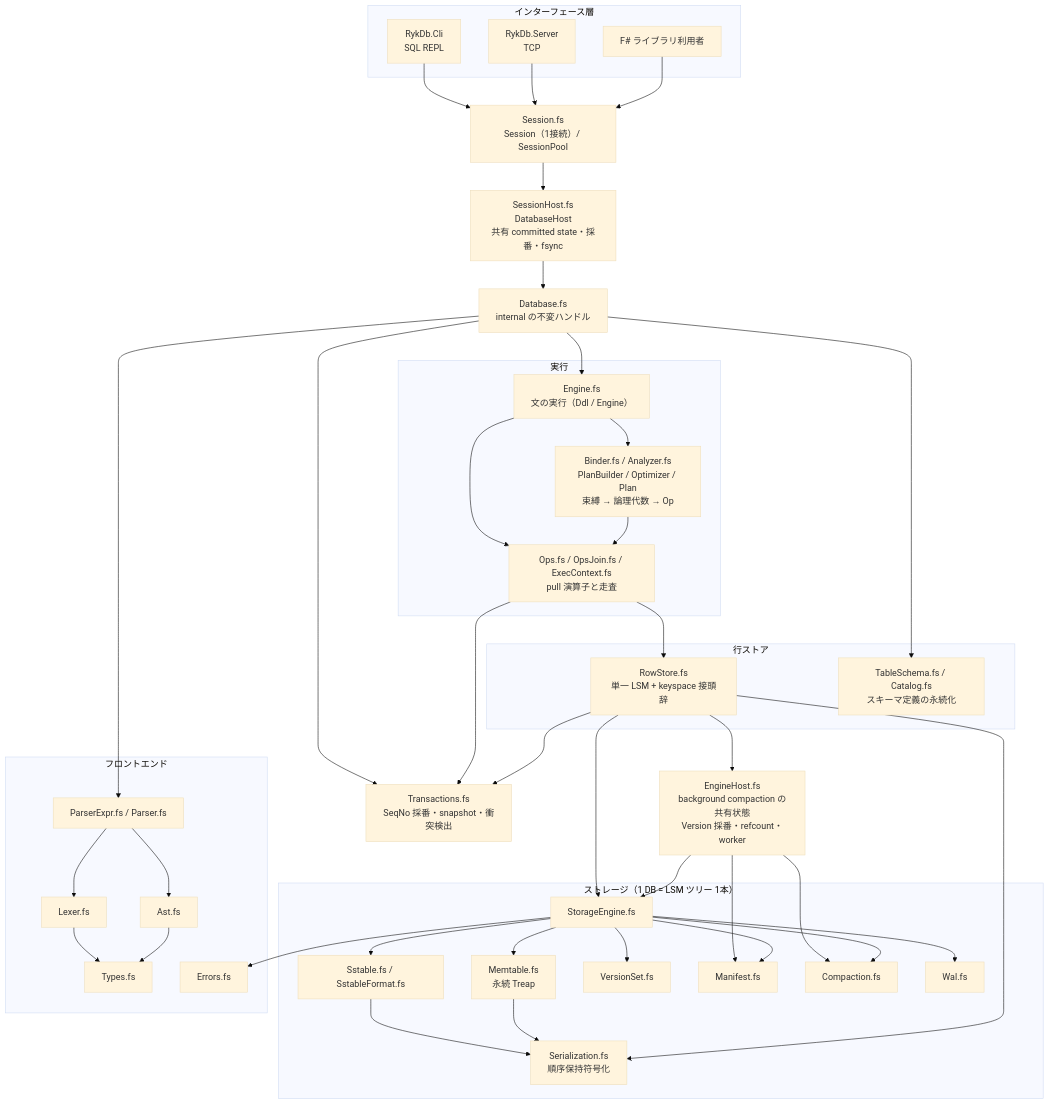
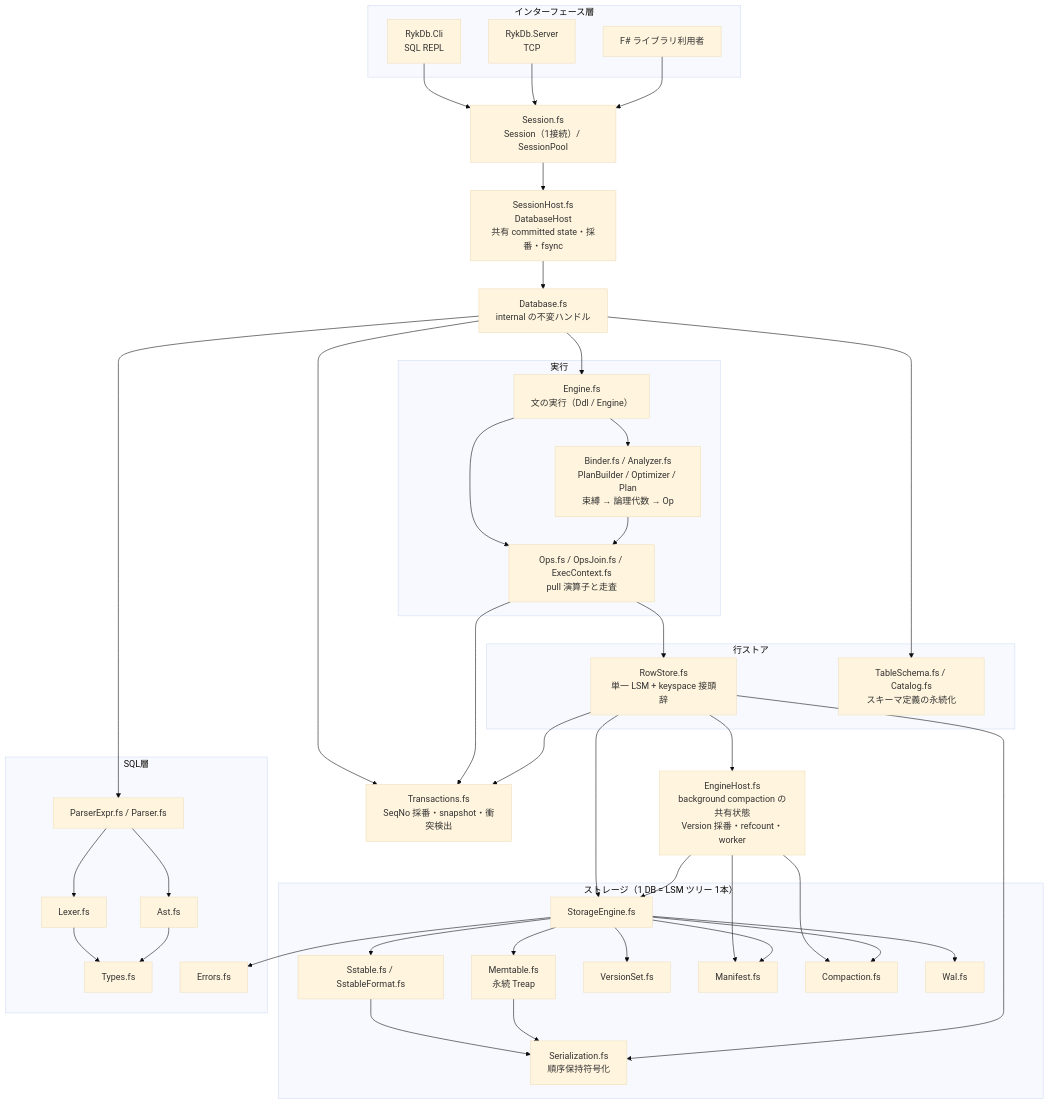
One commit to nwtks/rykdb changed the first of 2 diagrams in docs/architecture.md. Above: the diagram before and after it, drawn with Mermaid (base theme). The commit also changed other lines of this file and 20 other files, not shown here.

````diff
--- a/docs/architecture.md
+++ b/docs/architecture.md
@@ -30,81 +30,81 @@
 ```mermaid
 flowchart TB
     subgraph IF["インターフェース層"]
         CLI["RykDb.Cli<br/>SQL REPL"]
         SRV["RykDb.Server<br/>TCP"]
         LIB["F# ライブラリ利用者"]
     end
 
     SESS["Session.fs<br/>Session（1接続）/ SessionPool"]
     HOST["SessionHost.fs<br/>DatabaseHost<br/>共有 committed state・採番・fsync"]
     DB["Database.fs<br/>internal の不変ハンドル"]
     SESS --> HOST
     HOST --> DB
 
     subgraph EX["実行"]
         EN["Engine.fs<br/>文の実行（Ddl / Engine）"]
         PL["Binder.fs / Analyzer.fs<br/>PlanBuilder / Optimizer / Plan<br/>束縛 → 論理代数 → Op"]
         OPS["Ops.fs / OpsJoin.fs / ExecContext.fs<br/>pull 演算子と走査"]
     end
 
     subgraph ROW["行ストア"]
         RS["RowStore.fs<br/>単一 LSM + keyspace 接頭辞"]
         CAT["TableSchema.fs / Catalog.fs<br/>スキーマ定義の永続化"]
     end
 
     EHOST["EngineHost.fs<br/>background compaction の共有状態<br/>Version 採番・refcount・worker"]
 
     MVCC["Transactions.fs<br/>SeqNo 採番・snapshot・衝突検出"]
 
     subgraph ST["ストレージ（1 DB = LSM ツリー 1本）"]
         SE["StorageEngine.fs"]
         MEM["Memtable.fs<br/>永続 Treap"]
         SST["Sstable.fs / SstableFormat.fs"]
         VS["VersionSet.fs"]
         MF["Manifest.fs"]
         CO["Compaction.fs"]
         WAL["Wal.fs"]
         SER["Serialization.fs<br/>順序保持符号化"]
     end
 
-    subgraph FE["フロントエンド"]
+    subgraph FE["SQL層"]
         P["ParserExpr.fs / Parser.fs"]
         L["Lexer.fs"]
         A["Ast.fs"]
         T["Types.fs"]
         E["Errors.fs"]
     end
 
     CLI --> SESS
     SRV --> SESS
     LIB --> SESS
     DB --> EN
     DB --> CAT
     DB --> MVCC
     EN --> PL
     EN --> OPS
     PL --> OPS
     OPS --> RS
     OPS --> MVCC
     RS --> SE
     RS --> MVCC
     RS --> EHOST
     EHOST --> SE
     EHOST --> CO
     EHOST --> MF
     SE --> MEM
     SE --> SST
     SE --> VS
     SE --> MF
     SE --> CO
     SE --> WAL
     SST --> SER
     MEM --> SER
     RS --> SER
     DB --> P
     P --> L
     P --> A
     L --> T
     A --> T
     SE --> E
 ```
````
